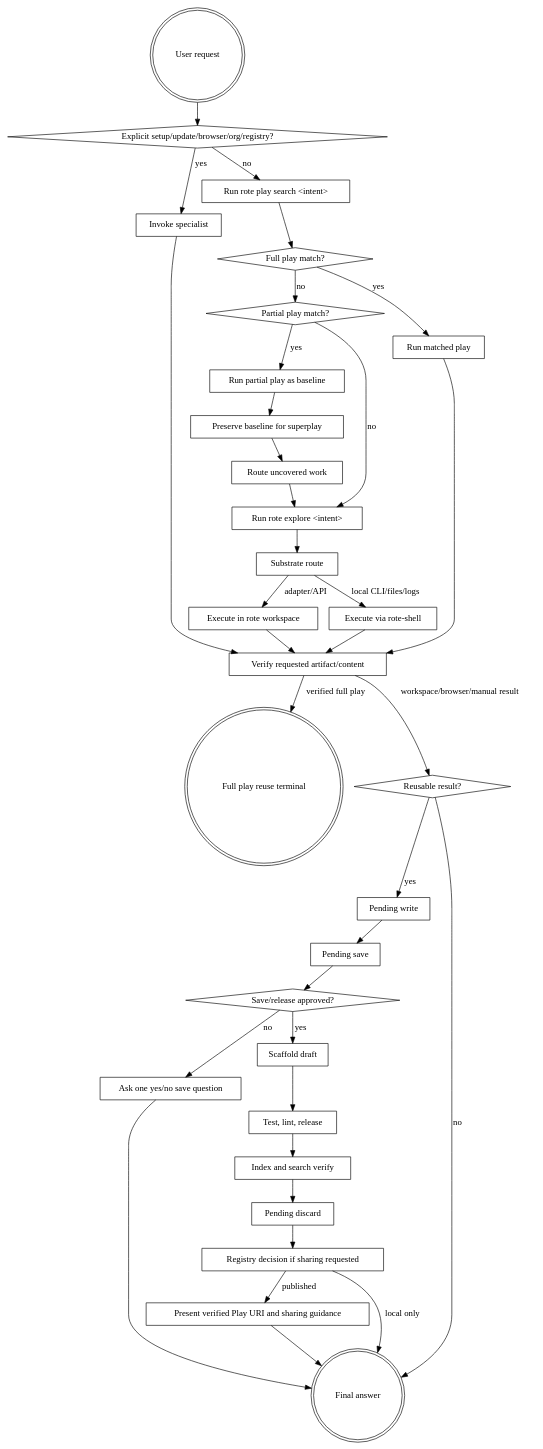
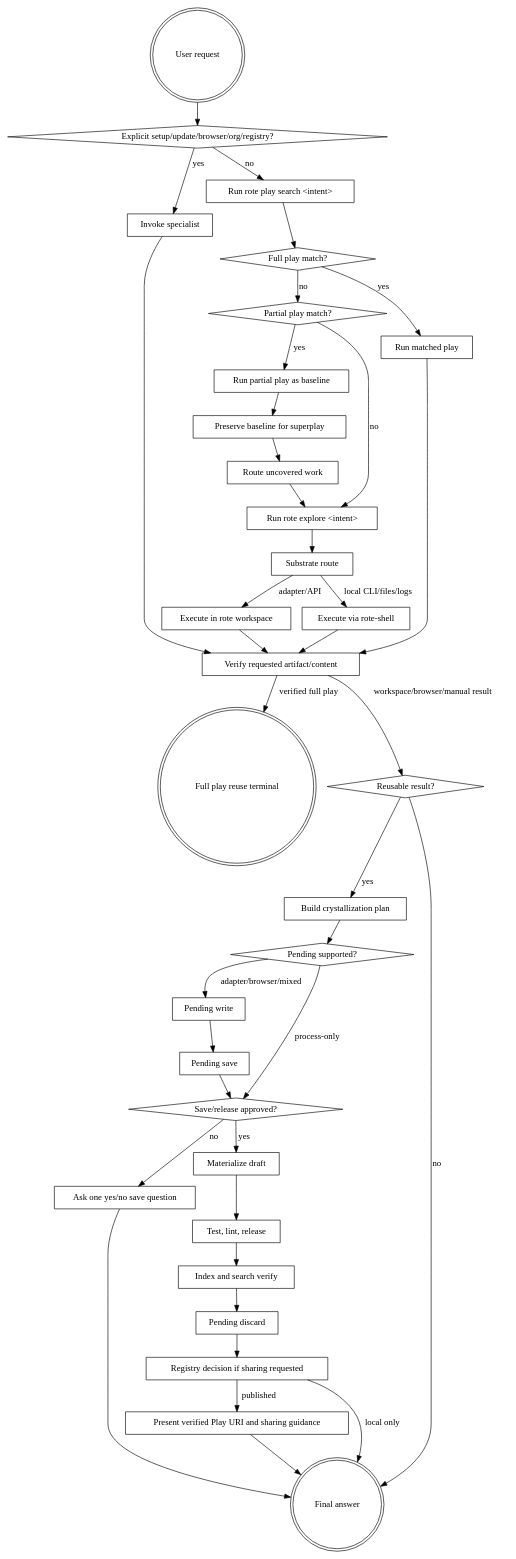
One commit to modiqo/rote-skills changed the diagram in plugins/rote/skills/rote/SKILL.md. Above: the diagram before and after it, drawn with Graphviz. The commit also changed other lines of this file and 18 other files, not shown here.

````diff
--- a/plugins/rote/skills/rote/SKILL.md
+++ b/plugins/rote/skills/rote/SKILL.md
@@ -128,67 +130,72 @@
 ```dot
 digraph rote_flow {
     "User request" [shape=doublecircle];
     "Explicit setup/update/browser/org/registry?" [shape=diamond];
     "Invoke specialist" [shape=box];
     "Run rote play search <intent>" [shape=box];
     "Full play match?" [shape=diamond];
     "Partial play match?" [shape=diamond];
     "Run matched play" [shape=box];
     "Run partial play as baseline" [shape=box];
     "Preserve baseline for superplay" [shape=box];
     "Full play reuse terminal" [shape=doublecircle];
     "Route uncovered work" [shape=box];
     "Run rote explore <intent>" [shape=box];
     "Substrate route" [shape=box];
     "Execute in rote workspace" [shape=box];
     "Execute via rote-shell" [shape=box];
     "Verify requested artifact/content" [shape=box];
     "Reusable result?" [shape=diamond];
+    "Build crystallization plan" [shape=box];
+    "Pending supported?" [shape=diamond];
     "Pending write" [shape=box];
     "Pending save" [shape=box];
     "Save/release approved?" [shape=diamond];
     "Ask one yes/no save question" [shape=box];
-    "Scaffold draft" [shape=box];
+    "Materialize draft" [shape=box];
     "Test, lint, release" [shape=box];
     "Index and search verify" [shape=box];
     "Pending discard" [shape=box];
     "Registry decision if sharing requested" [shape=box];
     "Present verified Play URI and sharing guidance" [shape=box];
     "Final answer" [shape=doublecircle];
 
     "User request" -> "Explicit setup/update/browser/org/registry?";
     "Explicit setup/update/browser/org/registry?" -> "Invoke specialist" [label="yes"];
     "Explicit setup/update/browser/org/registry?" -> "Run rote play search <intent>" [label="no"];
     "Invoke specialist" -> "Verify requested artifact/content";
     "Run rote play search <intent>" -> "Full play match?";
     "Full play match?" -> "Run matched play" [label="yes"];
     "Full play match?" -> "Partial play match?" [label="no"];
     "Run matched play" -> "Verify requested artifact/content";
     "Partial play match?" -> "Run partial play as baseline" [label="yes"];
     "Partial play match?" -> "Run rote explore <intent>" [label="no"];
     "Run partial play as baseline" -> "Preserve baseline for superplay";
     "Preserve baseline for superplay" -> "Route uncovered work";
     "Route uncovered work" -> "Run rote explore <intent>";
     "Run rote explore <intent>" -> "Substrate route";
     "Substrate route" -> "Execute in rote workspace" [label="adapter/API"];
     "Substrate route" -> "Execute via rote-shell" [label="local CLI/files/logs"];
     "Execute in rote workspace" -> "Verify requested artifact/content";
     "Execute via rote-shell" -> "Verify requested artifact/content";
     "Verify requested artifact/content" -> "Full play reuse terminal" [label="verified full play"];
     "Verify requested artifact/content" -> "Reusable result?" [label="workspace/browser/manual result"];
     "Reusable result?" -> "Final answer" [label="no"];
-    "Reusable result?" -> "Pending write" [label="yes"];
+    "Reusable result?" -> "Build crystallization plan" [label="yes"];
+    "Build crystallization plan" -> "Pending supported?";
+    "Pending supported?" -> "Pending write" [label="adapter/browser/mixed"];
+    "Pending supported?" -> "Save/release approved?" [label="process-only"];
     "Pending write" -> "Pending save";
     "Pending save" -> "Save/release approved?";
-    "Save/release approved?" -> "Scaffold draft" [label="yes"];
+    "Save/release approved?" -> "Materialize draft" [label="yes"];
     "Save/release approved?" -> "Ask one yes/no save question" [label="no"];
     "Ask one yes/no save question" -> "Final answer";
-    "Scaffold draft" -> "Test, lint, release";
+    "Materialize draft" -> "Test, lint, release";
     "Test, lint, release" -> "Index and search verify";
     "Index and search verify" -> "Pending discard";
     "Pending discard" -> "Registry decision if sharing requested";
     "Registry decision if sharing requested" -> "Final answer" [label="local only"];
     "Registry decision if sharing requested" -> "Present verified Play URI and sharing guidance" [label="published"];
     "Present verified Play URI and sharing guidance" -> "Final answer";
 }
 ```
````
